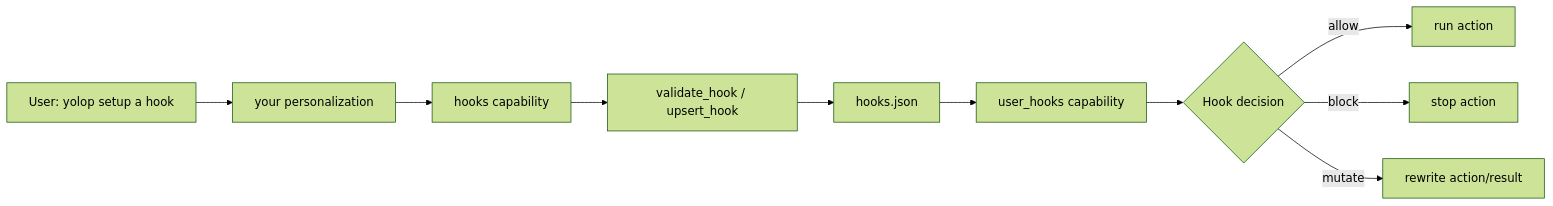
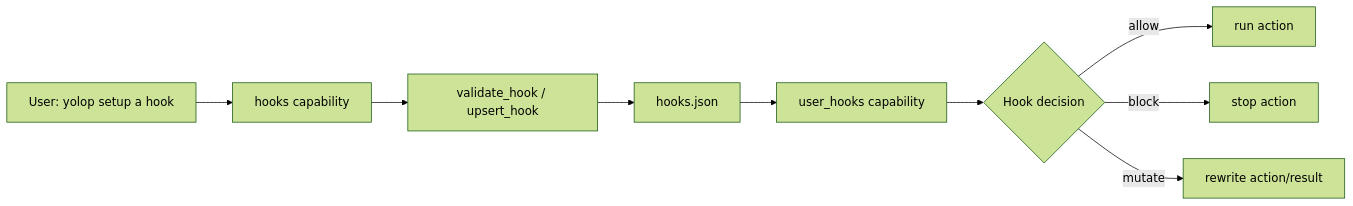
One commit to everruns/yolop changed the diagram in docs/features/hooks.md. Above: the diagram before and after it, drawn with Mermaid (forest theme). The commit also changed other lines of this file and 10 other files, not shown here.

First line of the commit message:
refactor(capabilities): rename your to yolop framing layer

````diff
--- a/docs/features/hooks.md
+++ b/docs/features/hooks.md
@@ -17,12 +17,11 @@
 ```mermaid
 flowchart LR
-  User["User: yolop setup a hook"] --> Your["your personalization"]
-  Your --> Hooks["hooks capability"]
+  User["User: yolop setup a hook"] --> Hooks["hooks capability"]
   Hooks --> Tools["validate_hook / upsert_hook"]
   Tools --> Files["hooks.json"]
   Files --> Runtime["user_hooks capability"]
   Runtime --> Decision{"Hook decision"}
   Decision -->|allow| Continue["run action"]
   Decision -->|block| Stop["stop action"]
   Decision -->|mutate| Rewrite["rewrite action/result"]
 ```
````
